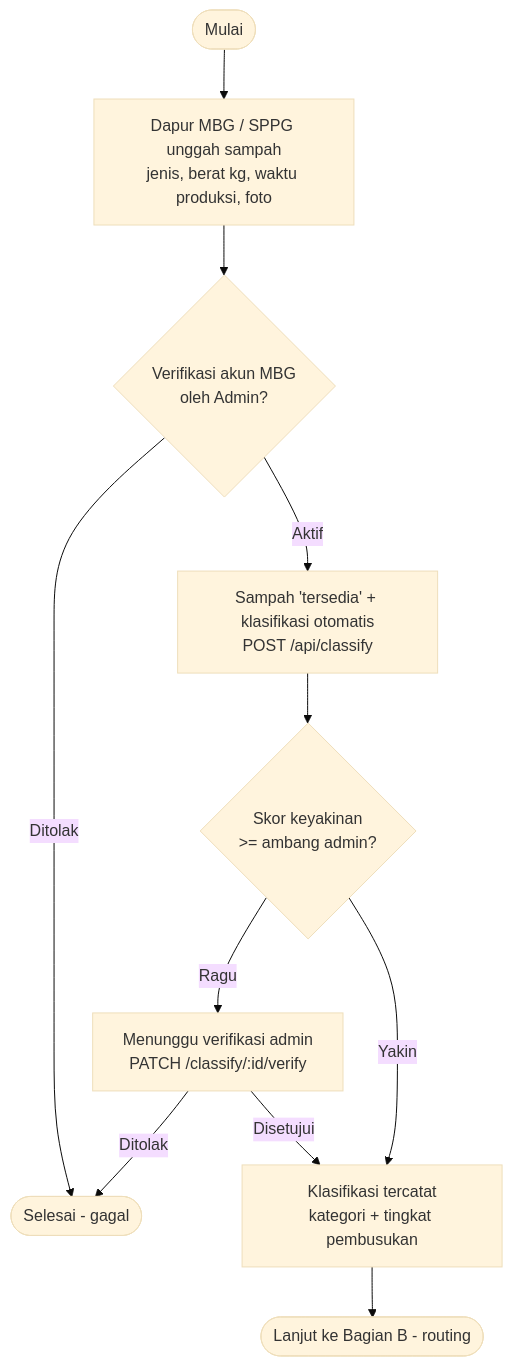
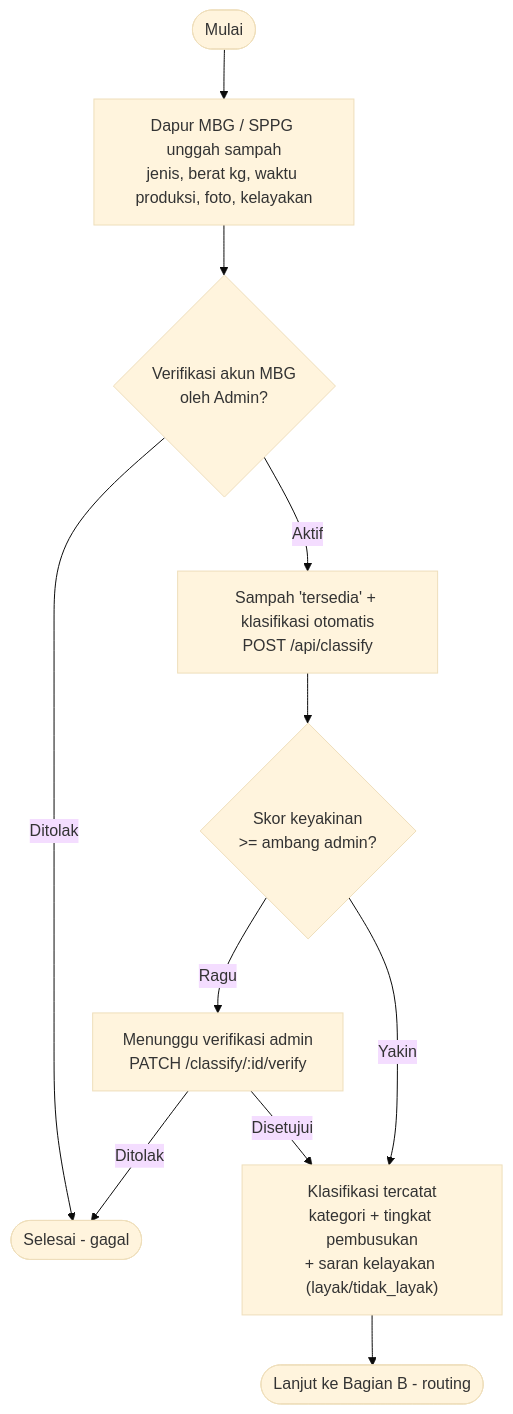
The second of 10 diagrams in docs/arsitektur/Dokumen_Arsitektur_Sistem_EcoMatch_v2.0.md (naylaaurellia18-web/ecomatch), drawn with Mermaid (base theme) before and after one commit. The commit also changed other lines of this file and 110 other files, not shown here.

First line of the commit message:
feat(revisi): penyaluran sisa makanan MBG ke Penerima (kelayakan layak->panti/yayasan, tidak layak->peternakan)

````diff
--- a/docs/arsitektur/Dokumen_Arsitektur_Sistem_EcoMatch_v2.0.md
+++ b/docs/arsitektur/Dokumen_Arsitektur_Sistem_EcoMatch_v2.0.md
@@ -167,13 +167,13 @@
 ```mermaid
 flowchart TD
-    Start([Mulai]) --> A["Dapur MBG / SPPG unggah sampah<br/>jenis, berat kg, waktu produksi, foto"]
+    Start([Mulai]) --> A["Dapur MBG / SPPG unggah sampah<br/>jenis, berat kg, waktu produksi, foto, kelayakan"]
     A --> B{"Verifikasi akun MBG<br/>oleh Admin?"}
     B -->|Ditolak| Z([Selesai - gagal])
     B -->|Aktif| C["Sampah 'tersedia' + klasifikasi otomatis<br/>POST /api/classify"]
     C --> D{"Skor keyakinan<br/>>= ambang admin?"}
     D -->|Ragu| E["Menunggu verifikasi admin<br/>PATCH /classify/:id/verify"]
-    D -->|Yakin| F["Klasifikasi tercatat<br/>kategori + tingkat pembusukan"]
+    D -->|Yakin| F["Klasifikasi tercatat<br/>kategori + tingkat pembusukan<br/>+ saran kelayakan (layak/tidak_layak)"]
     E -->|Ditolak| Z
     E -->|Disetujui| F
     F --> OUT([Lanjut ke Bagian B - routing])
 ```
````
